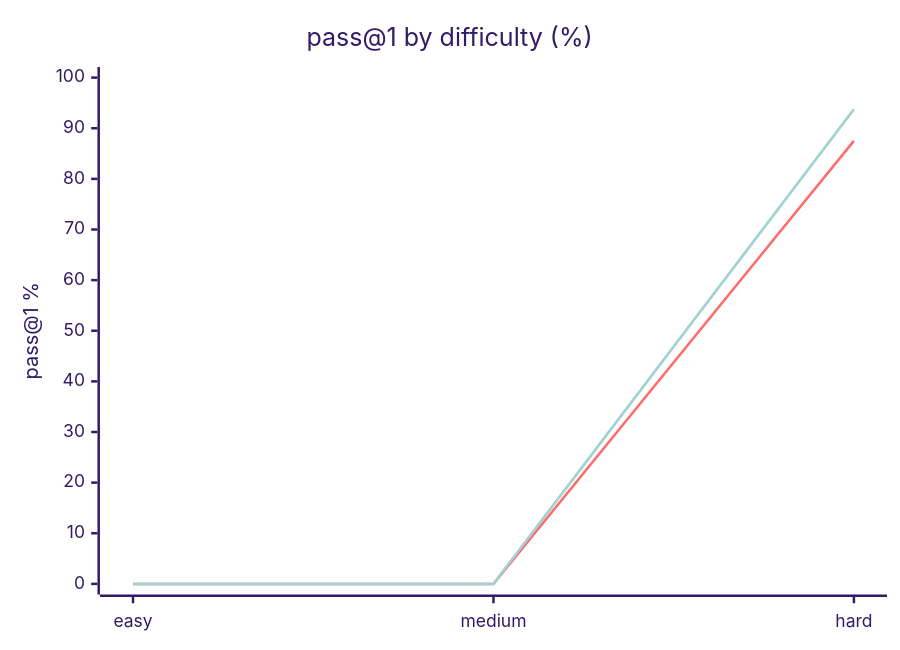
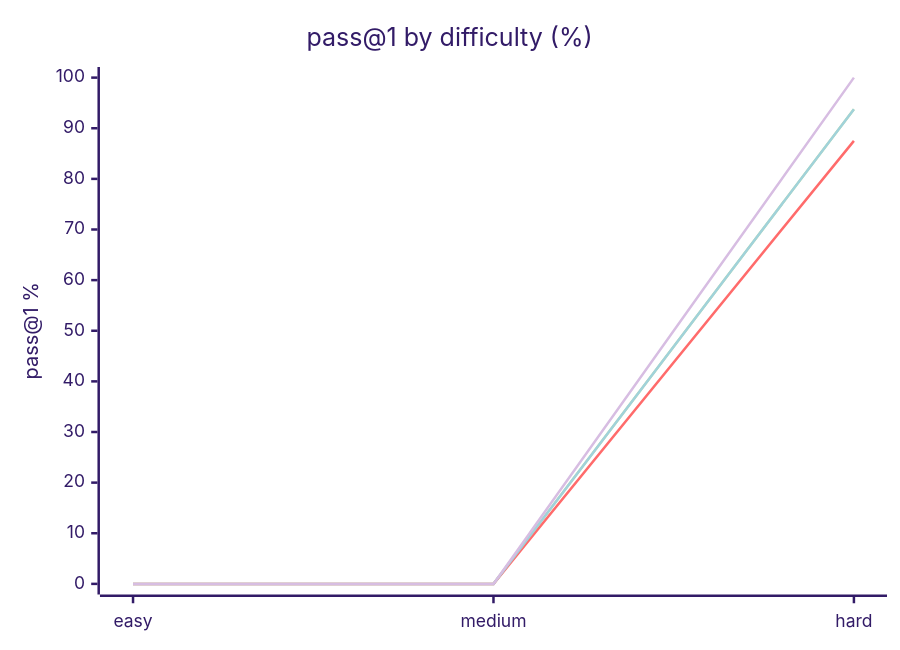
Before and after one commit to luongnv89/dgx-spark-llm-lab: the sixth of 6 diagrams in results/2026-08-20-pi-harness/REPORT-hard.md, drawn with Mermaid (forest theme). The commit also changed other lines of this file and 12 other files, not shown here.

````diff
--- a/results/2026-08-20-pi-harness/REPORT-hard.md
+++ b/results/2026-08-20-pi-harness/REPORT-hard.md
@@ -67,9 +70,10 @@
 ```mermaid
 xychart-beta
     title "pass@1 by difficulty (%)"
     x-axis ["easy", "medium", "hard"]
     y-axis "pass@1 %" 0 --> 100
     line [0, 0, 93.75]
     line [0, 0, 87.5]
     line [0, 0, 93.75]
+    line [0, 0, 100]
 ```
````
